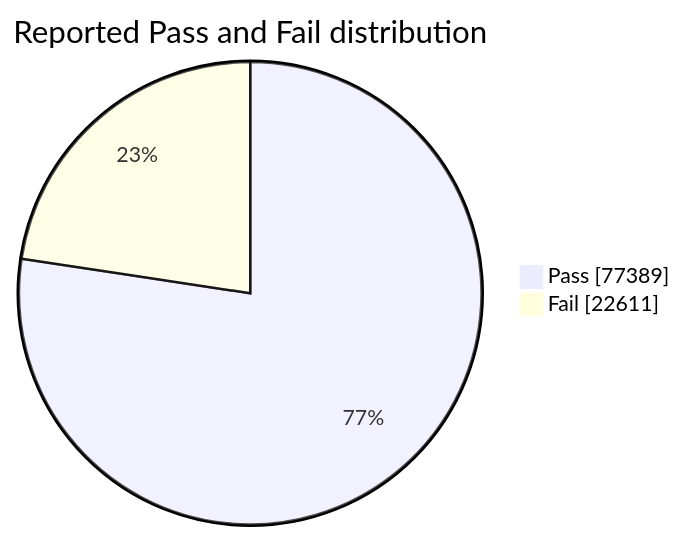
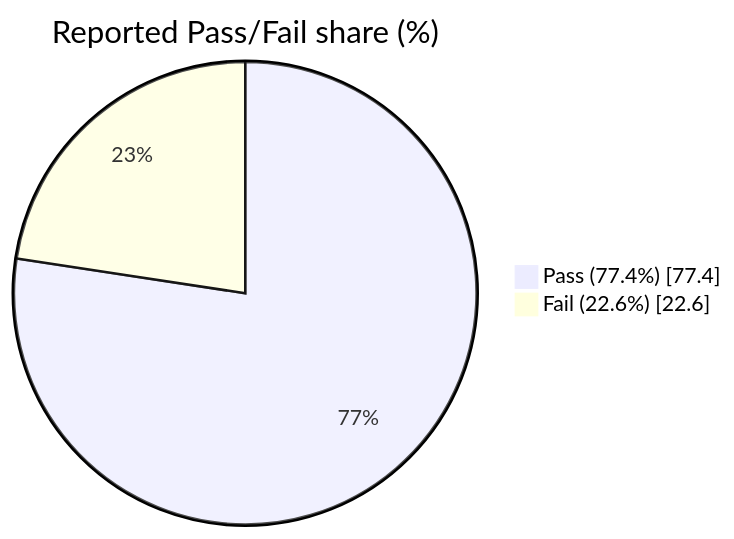
One commit to fahimroy22/-student-performance-analytics changed the first of 4 diagrams in README.md. Above: the diagram before and after it, drawn with Mermaid. The commit also changed other lines of this file, not shown here.

````diff
--- a/README.md
+++ b/README.md
@@ -101,6 +118,6 @@
 ```mermaid
 pie showData
-    title Reported Pass and Fail distribution
-    "Pass" : 77389
-    "Fail" : 22611
+    title Reported Pass/Fail share (%)
+    "Pass (77.4%)" : 77.4
+    "Fail (22.6%)" : 22.6
 ```
````
